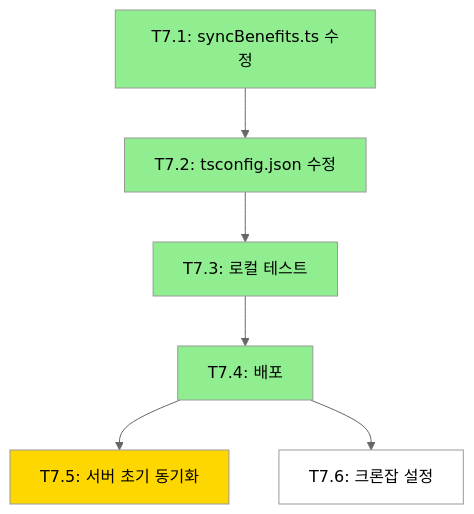
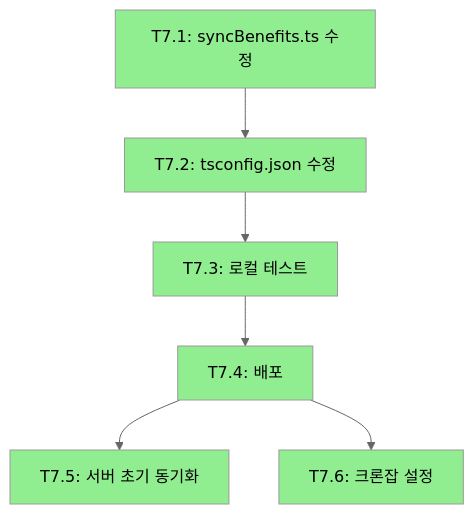
One commit to sseok-lee/alimi changed the third of 3 diagrams in docs/planning/06-tasks.md. Above: the diagram before and after it, drawn with Mermaid (neutral theme). The commit also changed other lines of this file, not shown here.

````diff
--- a/docs/planning/06-tasks.md
+++ b/docs/planning/06-tasks.md
@@ -2284,15 +2288,15 @@
 ```mermaid
 flowchart TD
     T7.1[T7.1: syncBenefits.ts 수정] --> T7.2[T7.2: tsconfig.json 수정]
     T7.2 --> T7.3[T7.3: 로컬 테스트]
     T7.3 --> T7.4[T7.4: 배포]
     T7.4 --> T7.5[T7.5: 서버 초기 동기화]
     T7.4 --> T7.6[T7.6: 크론잡 설정]
 
     style T7.1 fill:#90EE90
     style T7.2 fill:#90EE90
     style T7.3 fill:#90EE90
     style T7.4 fill:#90EE90
-    style T7.5 fill:#FFD700
-    style T7.6 fill:#FFFFFF
+    style T7.5 fill:#90EE90
+    style T7.6 fill:#90EE90
 ```
````
